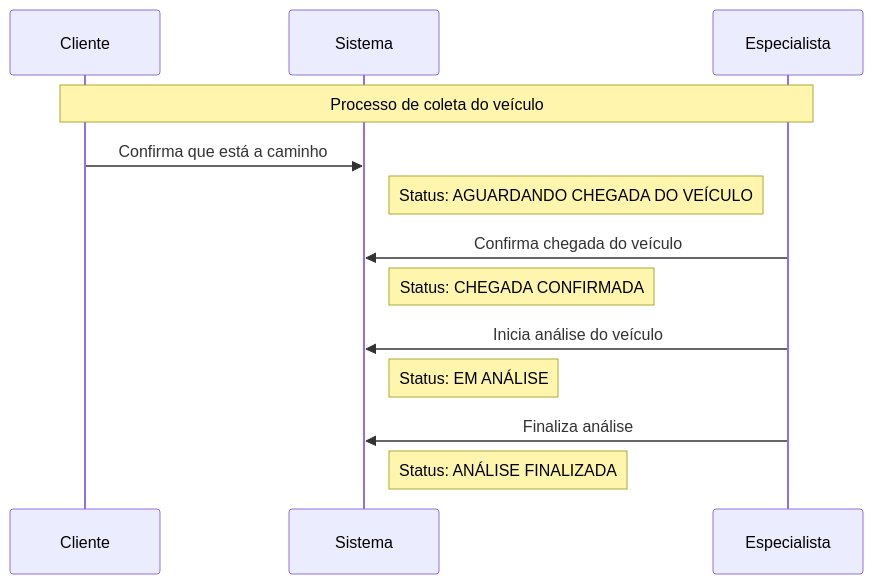
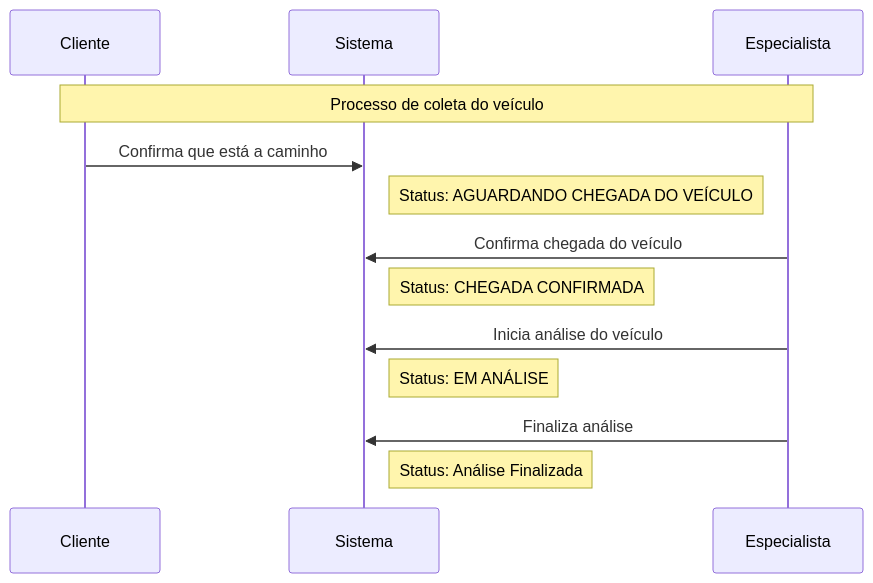
Before and after one commit to rafaelbsfarias/proline-homolog: the second of 5 diagrams in docs/business-flows/diagramas_sequencia.md, drawn with Mermaid. The commit also changed other lines of this file and 38 other files, not shown here.

````diff
--- a/docs/business-flows/diagramas_sequencia.md
+++ b/docs/business-flows/diagramas_sequencia.md
@@ -44,20 +44,20 @@
 ```mermaid
 sequenceDiagram
     participant Cliente
     participant Sistema
     participant Especialista
 
     Note over Cliente,Especialista: Processo de coleta do veículo
     
     Cliente->>Sistema: Confirma que está a caminho
     Note right of Sistema: Status: AGUARDANDO CHEGADA DO VEÍCULO
     
     Especialista->>Sistema: Confirma chegada do veículo
     Note right of Sistema: Status: CHEGADA CONFIRMADA
     
     Especialista->>Sistema: Inicia análise do veículo
     Note right of Sistema: Status: EM ANÁLISE
     
     Especialista->>Sistema: Finaliza análise
-    Note right of Sistema: Status: ANÁLISE FINALIZADA
+    Note right of Sistema: Status: Análise Finalizada
 ```
````
